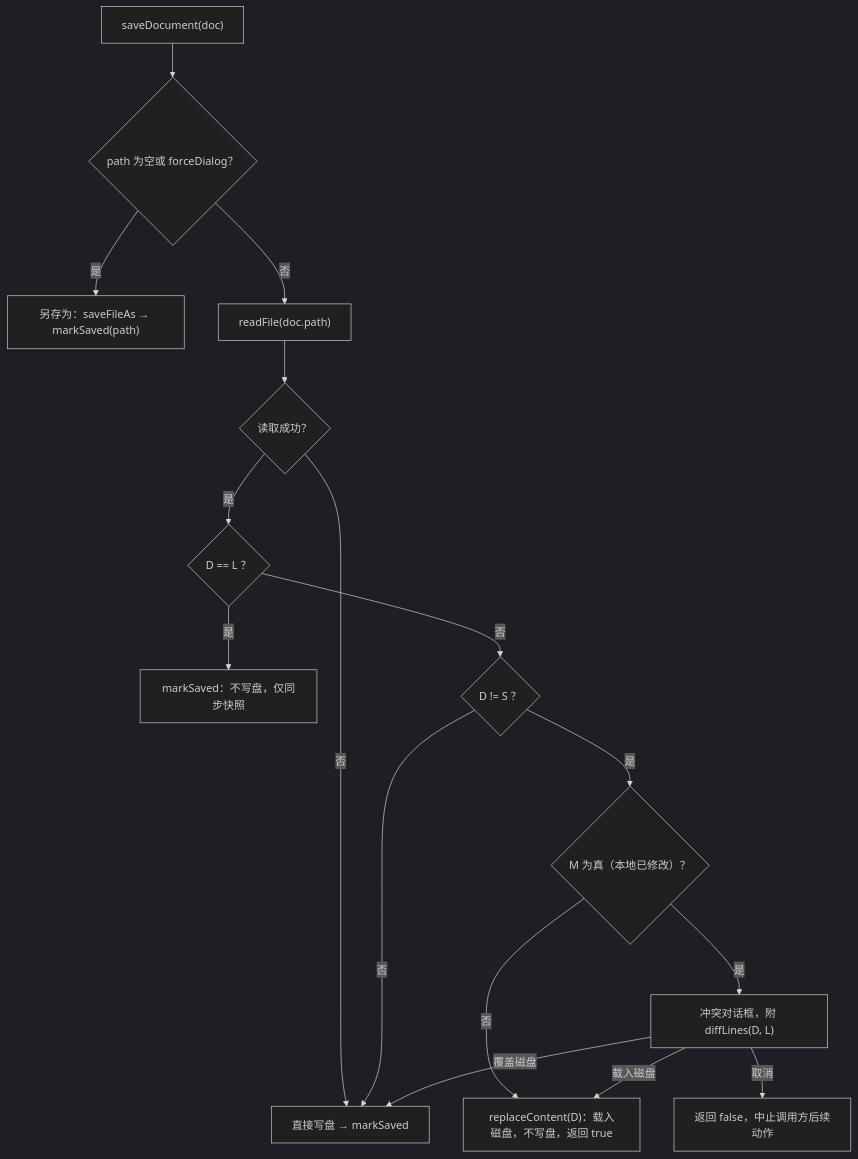
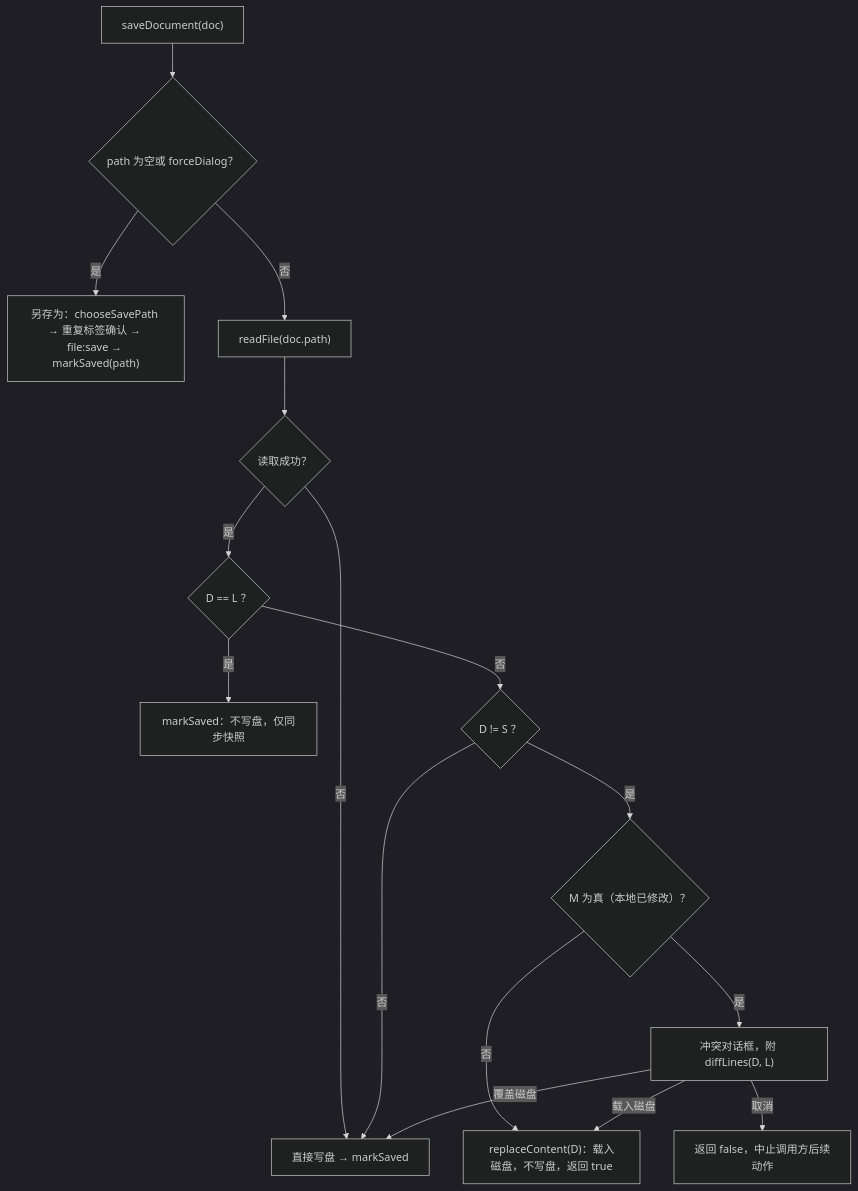
The second of 6 diagrams in docs/文件与冲突处理.md (Harley-xk/mark-it), drawn with Mermaid (dark theme) before and after one commit. The commit also changed other lines of this file and 47 other files, not shown here.

````diff
--- a/docs/文件与冲突处理.md
+++ b/docs/文件与冲突处理.md
@@ -178,18 +180,18 @@
 ```mermaid
 flowchart TD
     A["saveDocument(doc)"] --> B{"path 为空或 forceDialog？"}
-    B -->|"是"| C["另存为：saveFileAs → markSaved(path)"]
+    B -->|"是"| C["另存为：chooseSavePath → 重复标签确认 → file:save → markSaved(path)"]
     B -->|"否"| D["readFile(doc.path)"]
     D --> E{"读取成功？"}
     E -->|"否"| F["直接写盘 → markSaved"]
     E -->|"是"| G{"D == L ？"}
     G -->|"是"| H["markSaved：不写盘，仅同步快照"]
     G -->|"否"| I{"D != S ？"}
     I -->|"否"| F
     I -->|"是"| J{"M 为真（本地已修改）？"}
     J -->|"否"| K["replaceContent(D)：载入磁盘，不写盘，返回 true"]
     J -->|"是"| L["冲突对话框，附 diffLines(D, L)"]
     L -->|"取消"| M["返回 false，中止调用方后续动作"]
     L -->|"载入磁盘"| K
     L -->|"覆盖磁盘"| F
 ```
````
